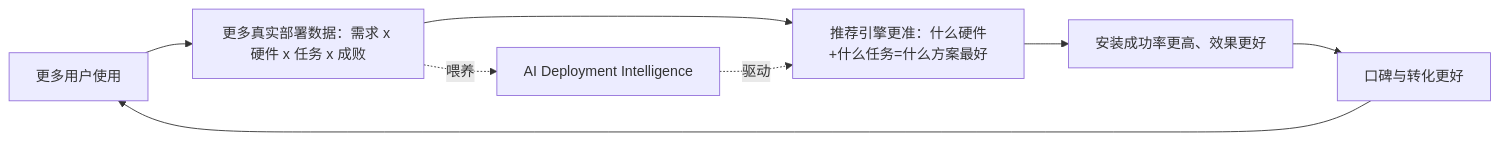
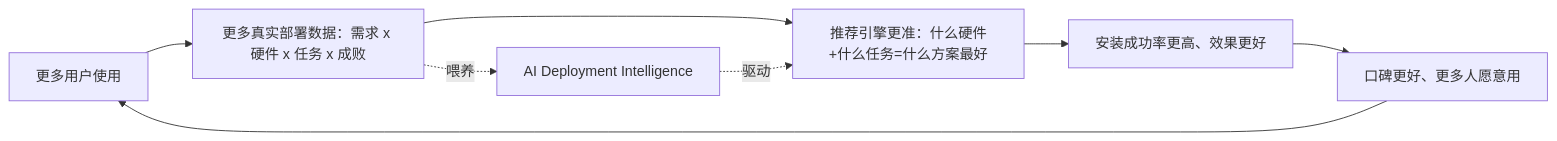
One commit to Qiaofei-Y/AI-SET-UP-GROUP changed the fourth of 5 diagrams in docs/10-figma-diagrams.md. Above: the diagram before and after it, drawn with Mermaid. The commit also changed 75 other files, not shown here.

````diff
--- a/docs/10-figma-diagrams.md
+++ b/docs/10-figma-diagrams.md
@@ -107,10 +107,10 @@
 ```mermaid
 flowchart LR
     A["更多用户使用"] --> B["更多真实部署数据：需求 x 硬件 x 任务 x 成败"]
     B --> C["推荐引擎更准：什么硬件+什么任务=什么方案最好"]
     C --> D["安装成功率更高、效果更好"]
-    D --> E["口碑与转化更好"]
+    D --> E["口碑更好、更多人愿意用"]
     E --> A
     B -.->|"喂养"| DI["AI Deployment Intelligence"]
     DI -.->|"驱动"| C
 ```
````
